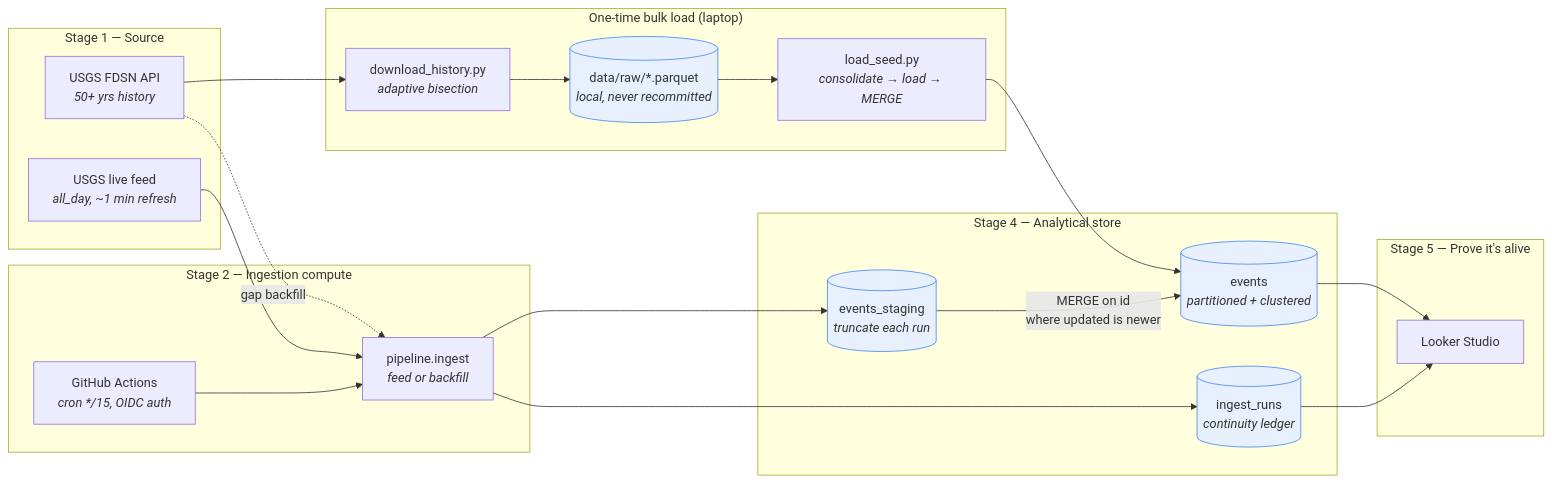
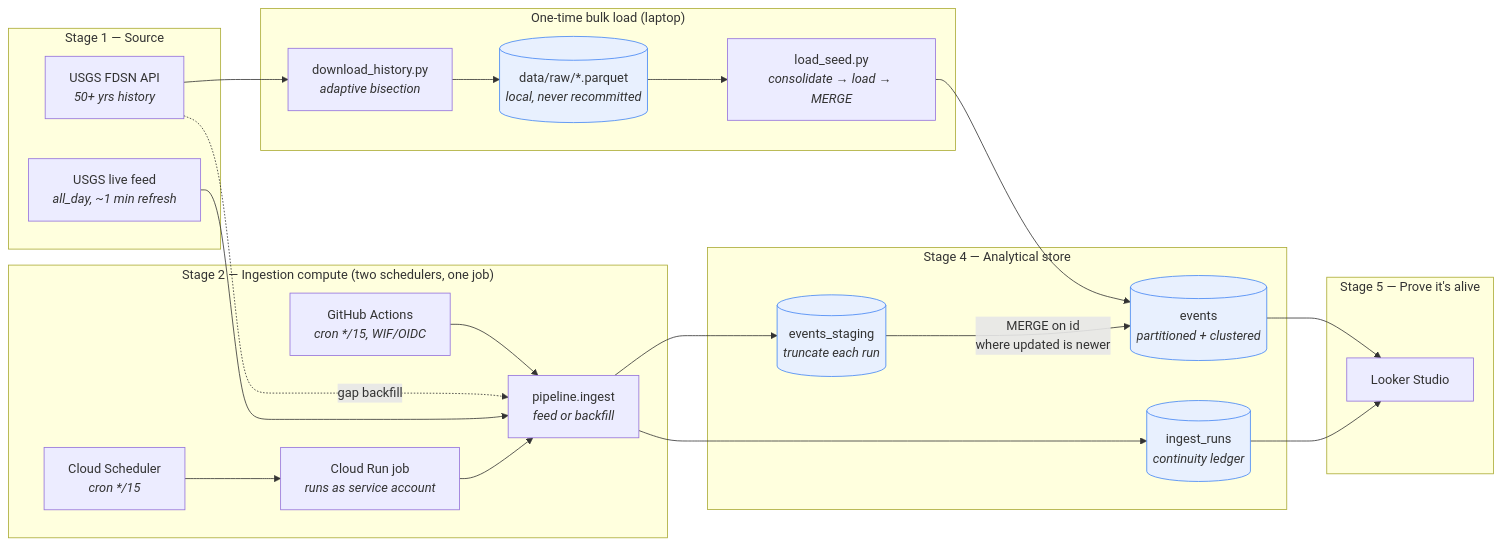
One commit to byu-cs-452/cs452-pipeline-reference changed the diagram in README.md. Above: the diagram before and after it, drawn with Mermaid. The commit also changed other lines of this file and 10 other files, not shown here.

First line of the commit message:
Add Cloud Scheduler path; fix staging race between schedulers

````diff
--- a/README.md
+++ b/README.md
@@ -13,39 +13,43 @@
 ```mermaid
 flowchart LR
     subgraph src["Stage 1 — Source"]
         FDSN["USGS FDSN API<br/><i>50+ yrs history</i>"]
         LIVE["USGS live feed<br/><i>all_day, ~1 min refresh</i>"]
     end
 
     subgraph seed["One-time bulk load (laptop)"]
         DL["download_history.py<br/><i>adaptive bisection</i>"]
         PQ[("data/raw/*.parquet<br/><i>local, never recommitted</i>")]
         LD["load_seed.py<br/><i>consolidate → load → MERGE</i>"]
     end
 
-    subgraph run["Stage 2 — Ingestion compute"]
-        GHA["GitHub Actions<br/><i>cron */15, OIDC auth</i>"]
+    subgraph run["Stage 2 — Ingestion compute (two schedulers, one job)"]
+        GHA["GitHub Actions<br/><i>cron */15, WIF/OIDC</i>"]
+        SCHED["Cloud Scheduler<br/><i>cron */15</i>"]
+        CR["Cloud Run job<br/><i>runs as service account</i>"]
         ING["pipeline.ingest<br/><i>feed or backfill</i>"]
     end
 
     subgraph store["Stage 4 — Analytical store"]
         STG[("events_staging<br/><i>truncate each run</i>")]
         EV[("events<br/><i>partitioned + clustered</i>")]
         RUNS[("ingest_runs<br/><i>continuity ledger</i>")]
     end
 
     subgraph show["Stage 5 — Prove it's alive"]
         LS["Looker Studio"]
     end
 
     FDSN --> DL --> PQ --> LD --> EV
     LIVE --> ING
     FDSN -.->|gap backfill| ING
-    GHA --> ING --> STG -->|MERGE on id<br/>where updated is newer| EV
+    GHA --> ING
+    SCHED --> CR --> ING
+    ING --> STG -->|MERGE on id<br/>where updated is newer| EV
     ING --> RUNS
     EV --> LS
     RUNS --> LS
 
     classDef store fill:#e8f0fe,stroke:#4285f4
     class STG,EV,RUNS,PQ store
 ```
````
